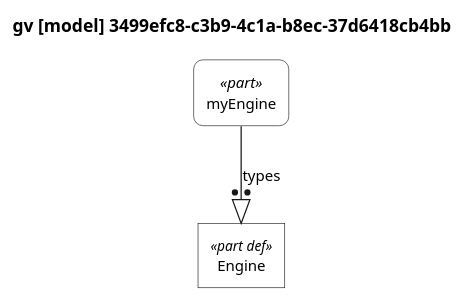
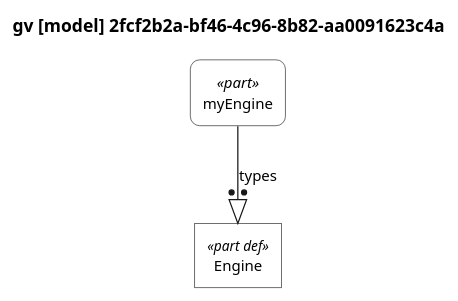
One commit to mycr0ft/sysml2py changed the diagram in docs/plantuml-examples/01-usage-vs-definition.puml. Above: the diagram before and after it, drawn with PlantUML. The commit also changed 32 other files, not shown here.

First line of the commit message:
boxes afv: control nodes with true decision diamonds (diagramboxes 0.5.0)

```diff
--- a/docs/plantuml-examples/01-usage-vs-definition.puml
+++ b/docs/plantuml-examples/01-usage-vs-definition.puml
@@ -1,112 +1,112 @@
 @startuml
 
 skinparam monochrome true
 skinparam wrapWidth 300
 skinparam defaultFontSize 12
 skinparam defaultFontName Helvetica
 
 ' Definitions: sharp corners, plain background
 skinparam rectangle<<part def>> {
     RoundCorner 0
     BackgroundColor white
     StereotypeFontSize 11
 }
 skinparam rectangle<<item def>> {
     RoundCorner 0
     BackgroundColor white
 }
 skinparam rectangle<<attribute def>> {
     RoundCorner 0
     BackgroundColor white
 }
 skinparam rectangle<<port def>> {
     RoundCorner 0
     BackgroundColor white
 }
 skinparam rectangle<<action def>> {
     RoundCorner 0
     BackgroundColor white
 }
 skinparam rectangle<<state def>> {
     RoundCorner 0
     BackgroundColor white
 }
 skinparam rectangle<<requirement def>> {
     RoundCorner 0
     BackgroundColor white
 }
 skinparam rectangle<<view def>> {
     RoundCorner 0
     BackgroundColor white
 }
 skinparam rectangle<<viewpoint def>> {
     RoundCorner 0
     BackgroundColor white
 }
 skinparam rectangle<<enumeration def>> {
     RoundCorner 0
     BackgroundColor white
 }
 
 ' Usages: rounded corners, plain background
 skinparam rectangle<<part>> {
     RoundCorner 15
     BackgroundColor white
 }
 skinparam rectangle<<item>> {
     RoundCorner 15
     BackgroundColor white
 }
 skinparam rectangle<<attribute>> {
     RoundCorner 15
     BackgroundColor white
 }
 skinparam rectangle<<port>> {
     RoundCorner 15
     BackgroundColor white
 }
 skinparam rectangle<<action>> {
     RoundCorner 15
     BackgroundColor white
 }
 skinparam rectangle<<state>> {
     RoundCorner 15
     BackgroundColor white
 }
 skinparam rectangle<<requirement>> {
     RoundCorner 15
     BackgroundColor white
 }
 skinparam rectangle<<view>> {
     RoundCorner 15
     BackgroundColor white
 }
 skinparam rectangle<<viewpoint>> {
     RoundCorner 15
     BackgroundColor white
 }
 skinparam rectangle<<enumeration>> {
     RoundCorner 15
     BackgroundColor white
 }
 
 ' Views as folders
 skinparam folder<<view def>> {
     BackgroundColor white
 }
 skinparam folder<<view>> {
     BackgroundColor white
 }
 
 top to bottom direction
 
-title gv [model] 3499efc8-c3b9-4c1a-b8ec-37d6418cb4bb
+title gv [model] 2fcf2b2a-bf46-4c96-8b82-aa0091623c4a
 
 hide circle
 
 rectangle "Engine" as E1 <<part def>>
 rectangle "myEngine" as E2 <<part>>
 
 E2 --:|> E1 : types
 
 @enduml
```
